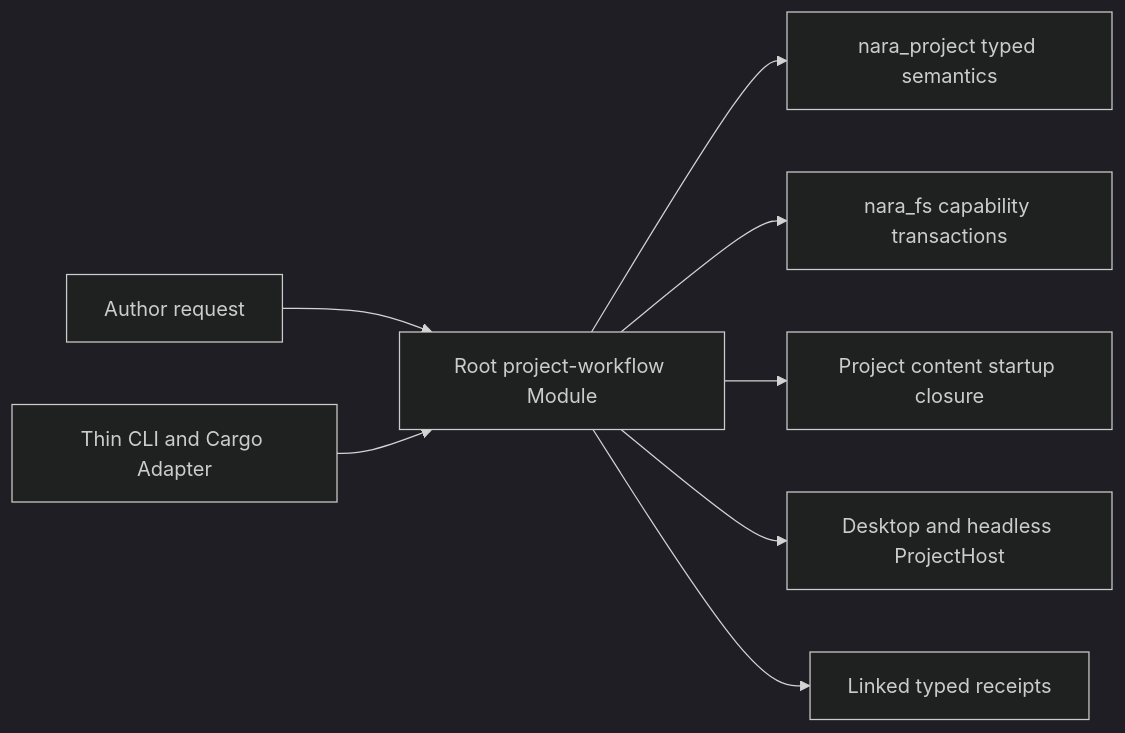
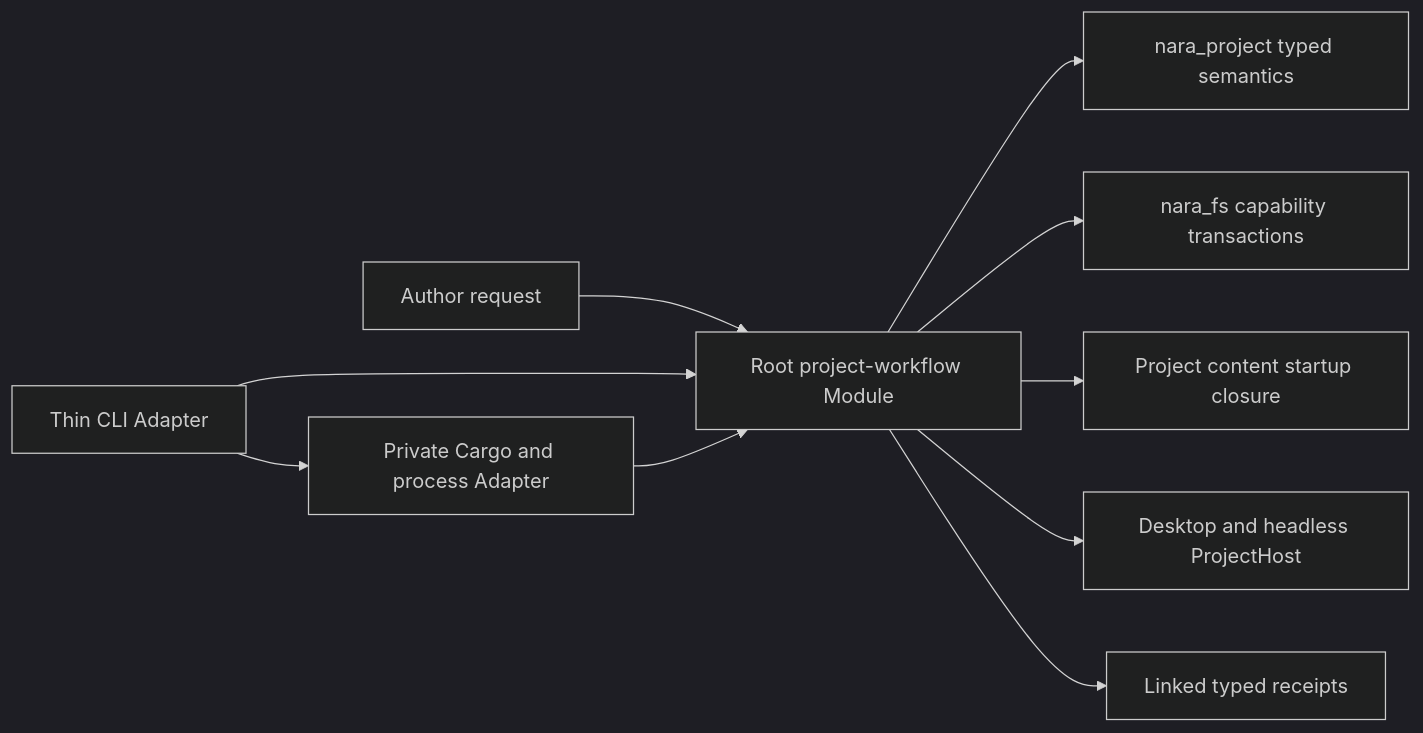
The diagram in docs/architecture/adr/0110-first-party-project-workflow-and-source-carrying-export.md (Latias94/nara), drawn with Mermaid (dark theme) before and after one commit. The commit also changed other lines of this file and 1 other file, not shown here.

````diff
--- a/docs/architecture/adr/0110-first-party-project-workflow-and-source-carrying-export.md
+++ b/docs/architecture/adr/0110-first-party-project-workflow-and-source-carrying-export.md
@@ -44,10 +46,12 @@
 ```mermaid
 flowchart LR
   Author[Author request] --> Workflow[Root project-workflow Module]
   Workflow --> Manifest[nara_project typed semantics]
   Workflow --> Files[nara_fs capability transactions]
   Workflow --> Content[Project content startup closure]
   Workflow --> Host[Desktop and headless ProjectHost]
-  CLI[Thin CLI and Cargo Adapter] --> Workflow
+  CLI[Thin CLI Adapter] --> Workflow
+  CLI --> Cargo[Private Cargo and process Adapter]
+  Cargo --> Workflow
   Workflow --> Receipt[Linked typed receipts]
 ```
````
